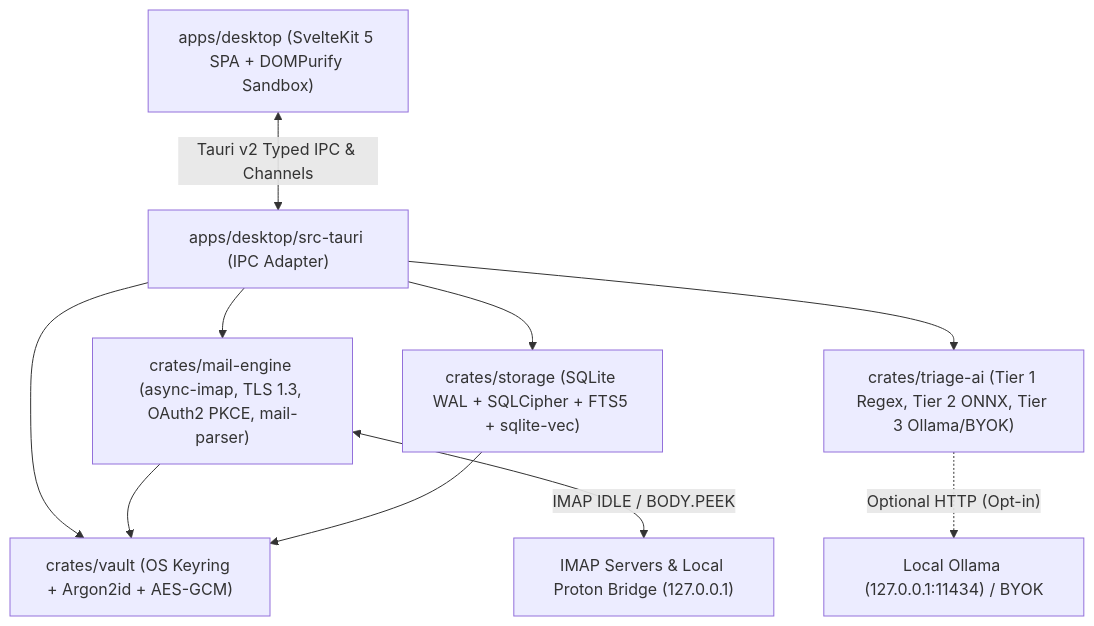
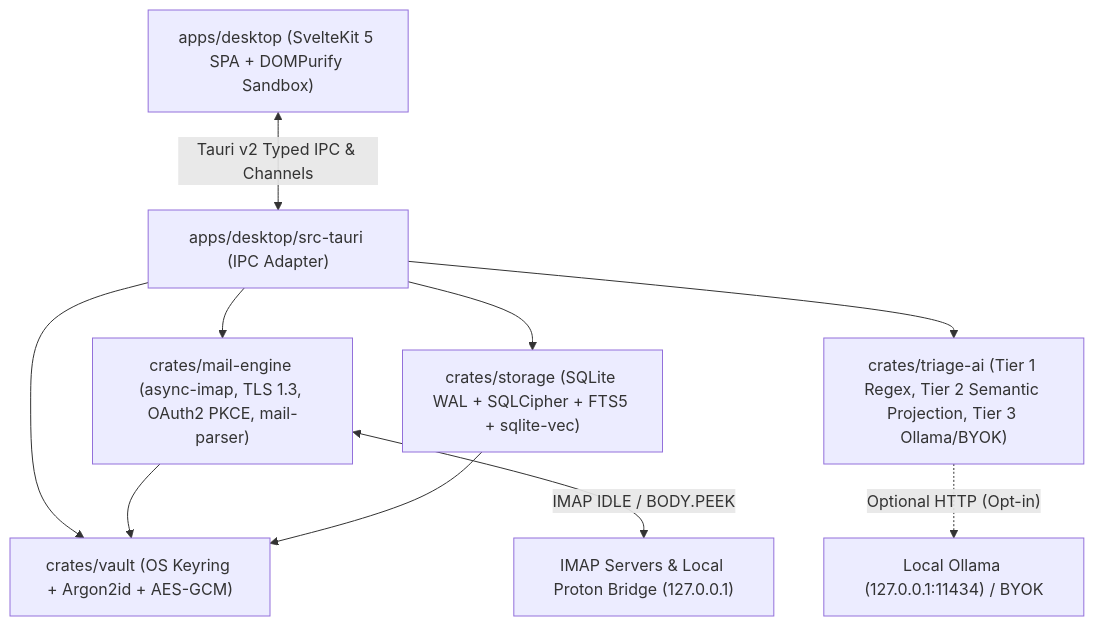
The diagram in README.md (ye-sandbox/triage-mail), drawn with Mermaid before and after one commit. The commit also changed other lines of this file and 23 other files, not shown here.

Commit message:
feat(triage-ai): label experimental semantic search and expose sync embedding telemetry

````diff
--- a/README.md
+++ b/README.md
@@ -34,12 +34,12 @@
 ```mermaid
 flowchart TD
     UI["apps/desktop (SvelteKit 5 SPA + DOMPurify Sandbox)"] <-->|"Tauri v2 Typed IPC & Channels"| TauriCore["apps/desktop/src-tauri (IPC Adapter)"]
     TauriCore --> MailEngine["crates/mail-engine (async-imap, TLS 1.3, OAuth2 PKCE, mail-parser)"]
     TauriCore --> Storage["crates/storage (SQLite WAL + SQLCipher + FTS5 + sqlite-vec)"]
     TauriCore --> Vault["crates/vault (OS Keyring + Argon2id + AES-GCM)"]
-    TauriCore --> TriageAI["crates/triage-ai (Tier 1 Regex, Tier 2 ONNX, Tier 3 Ollama/BYOK)"]
+    TauriCore --> TriageAI["crates/triage-ai (Tier 1 Regex, Tier 2 Semantic Projection, Tier 3 Ollama/BYOK)"]
     MailEngine --> Vault
     Storage --> Vault
     MailEngine <-->|"IMAP IDLE / BODY.PEEK"| Providers["IMAP Servers & Local Proton Bridge (127.0.0.1)"]
     TriageAI -.->|"Optional HTTP (Opt-in)"| Ollama["Local Ollama (127.0.0.1:11434) / BYOK"]
 ```
````
